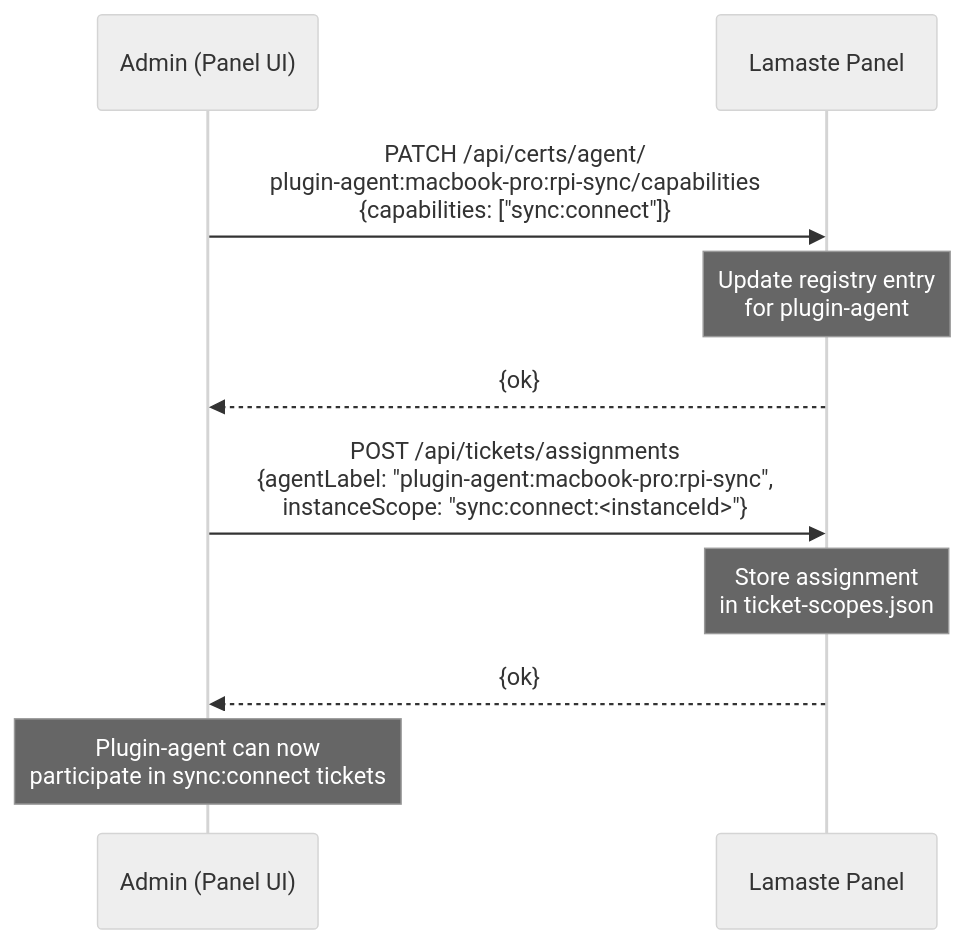
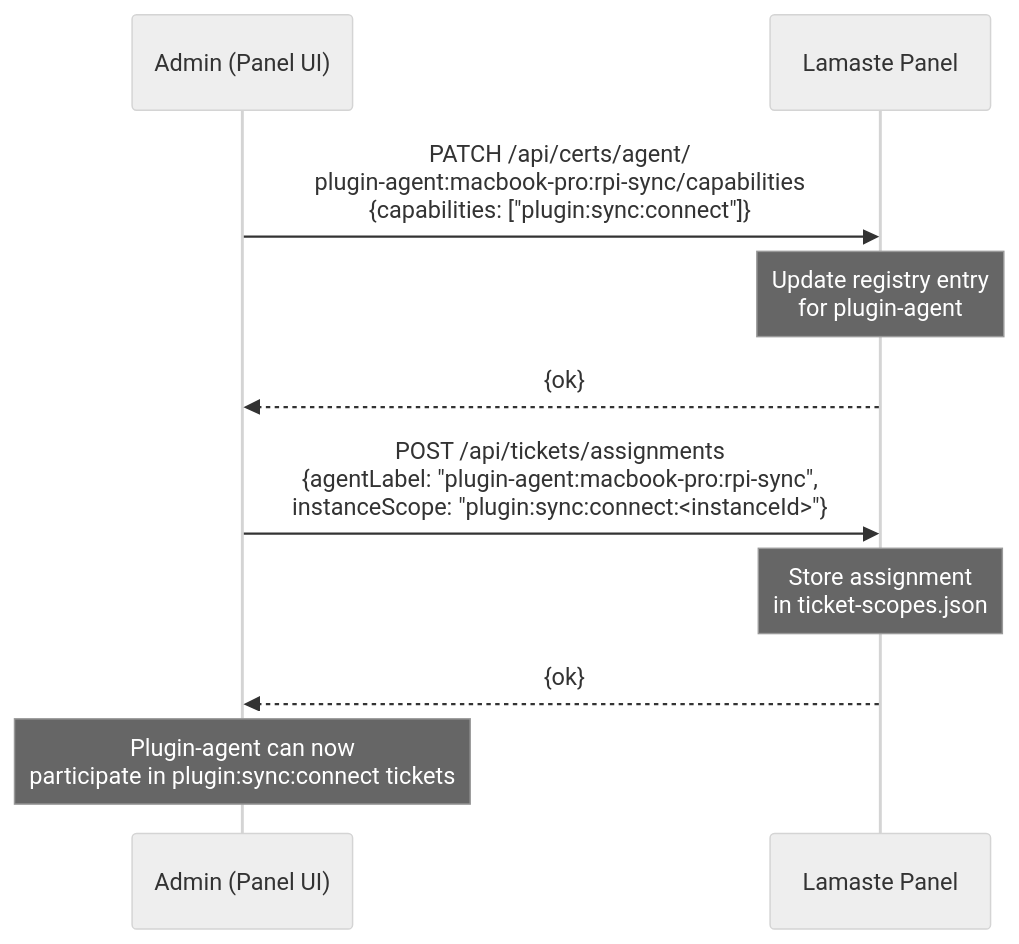
One commit to lamalibre/lamaste changed the eighth of 11 diagrams in packages/core/docs/02-guides/standalone-plugin-with-tickets.md. Above: the diagram before and after it, drawn with Mermaid (neutral theme). The commit also changed other lines of this file and 5 other files, not shown here.

````diff
--- a/packages/core/docs/02-guides/standalone-plugin-with-tickets.md
+++ b/packages/core/docs/02-guides/standalone-plugin-with-tickets.md
@@ -253,15 +253,15 @@
 ```mermaid
 sequenceDiagram
     participant Admin as Admin (Panel UI)
     participant Panel as Lamaste Panel
 
-    Admin->>Panel: PATCH /api/certs/agent/<br/>plugin-agent:macbook-pro:rpi-sync/capabilities<br/>{capabilities: ["sync:connect"]}
+    Admin->>Panel: PATCH /api/certs/agent/<br/>plugin-agent:macbook-pro:rpi-sync/capabilities<br/>{capabilities: ["plugin:sync:connect"]}
     Note over Panel: Update registry entry<br/>for plugin-agent
     Panel-->>Admin: {ok}
 
-    Admin->>Panel: POST /api/tickets/assignments<br/>{agentLabel: "plugin-agent:macbook-pro:rpi-sync",<br/>instanceScope: "sync:connect:<instanceId>"}
+    Admin->>Panel: POST /api/tickets/assignments<br/>{agentLabel: "plugin-agent:macbook-pro:rpi-sync",<br/>instanceScope: "plugin:sync:connect:<instanceId>"}
     Note over Panel: Store assignment<br/>in ticket-scopes.json
     Panel-->>Admin: {ok}
 
-    Note over Admin: Plugin-agent can now<br/>participate in sync:connect tickets
+    Note over Admin: Plugin-agent can now<br/>participate in plugin:sync:connect tickets
 ```
````
